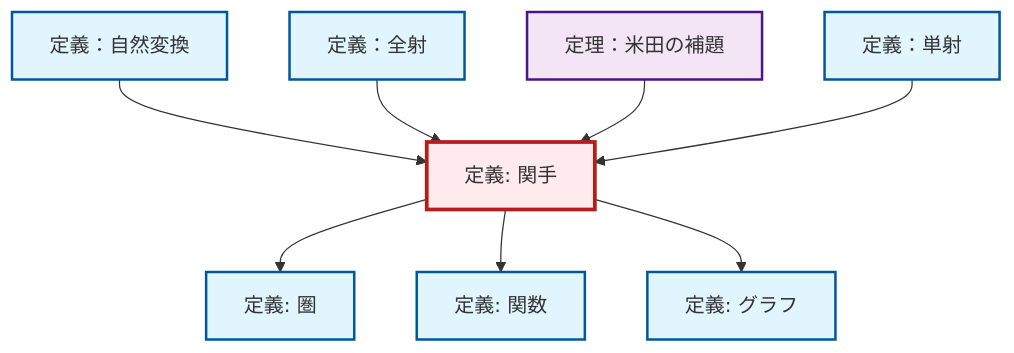
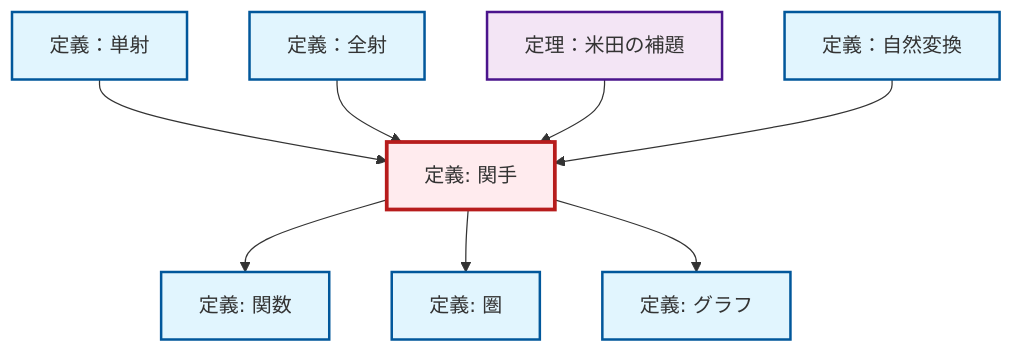
One commit to RK0429/ModernMath changed the diagram in content/ja/category-theory/def-functor.qmd. Above: the diagram before and after it, drawn with Mermaid. The commit also changed other lines of this file and 328 other files, not shown here.

````diff
--- a/content/ja/category-theory/def-functor.qmd
+++ b/content/ja/category-theory/def-functor.qmd
@@ -51,32 +51,32 @@
 ```{mermaid}
 %%| fig-cap: "ローカル依存関係グラフ"
 graph TD
     classDef definition fill:#e1f5fe,stroke:#01579b,stroke-width:2px
     classDef theorem fill:#f3e5f5,stroke:#4a148c,stroke-width:2px
     classDef axiom fill:#fff3e0,stroke:#e65100,stroke-width:2px
     classDef example fill:#e8f5e9,stroke:#1b5e20,stroke-width:2px
     classDef current fill:#ffebee,stroke:#b71c1c,stroke-width:3px
-    def-natural-transformation["定義：自然変換"]:::definition
-    def-function["定義: 関数"]:::definition
+    def-graph["定義: グラフ"]:::definition
     thm-yoneda["定理：米田の補題"]:::theorem
     def-epimorphism["定義：全射"]:::definition
+    def-function["定義: 関数"]:::definition
+    def-functor["定義: 関手"]:::definition
+    def-natural-transformation["定義：自然変換"]:::definition
     def-category["定義: 圏"]:::definition
-    def-functor["定義: 関手"]:::definition
     def-monomorphism["定義：単射"]:::definition
-    def-graph["定義: グラフ"]:::definition
+    def-monomorphism --> def-functor
+    def-epimorphism --> def-functor
+    def-functor --> def-function
+    thm-yoneda --> def-functor
     def-functor --> def-category
-    def-functor --> def-function
     def-natural-transformation --> def-functor
-    def-epimorphism --> def-functor
-    thm-yoneda --> def-functor
-    def-monomorphism --> def-functor
     def-functor --> def-graph
     class def-functor current
-    click def-natural-transformation "def-natural-transformation.html" "定義：自然変換へ"
-    click def-function "def-function.html" "関数の定義へ"
+    click def-graph "def-graph.html" "グラフの定義へ"
     click thm-yoneda "thm-yoneda.html" "定理：米田の補題へ"
     click def-epimorphism "def-epimorphism.html" "定義：全射へ"
+    click def-function "def-function.html" "関数の定義へ"
+    click def-natural-transformation "def-natural-transformation.html" "定義：自然変換へ"
     click def-category "def-category.html" "圏の定義へ"
     click def-monomorphism "def-monomorphism.html" "定義：単射へ"
-    click def-graph "def-graph.html" "グラフの定義へ"
 ```
````
